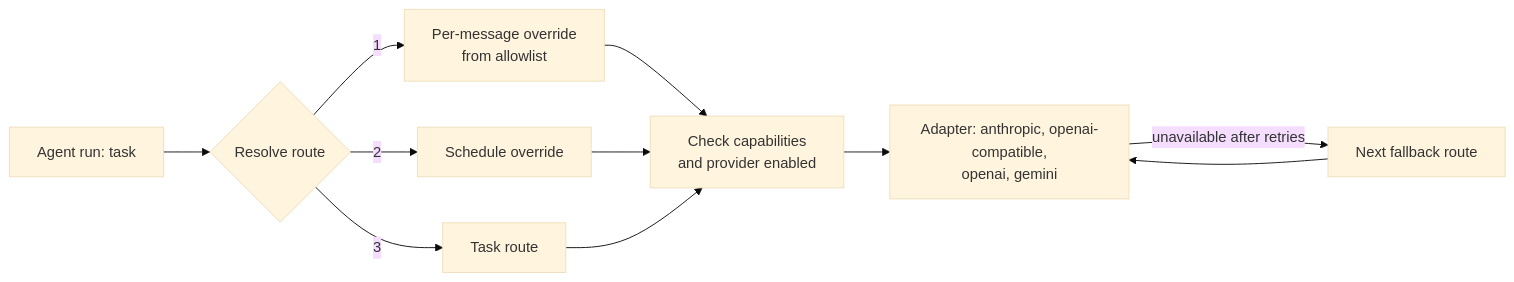
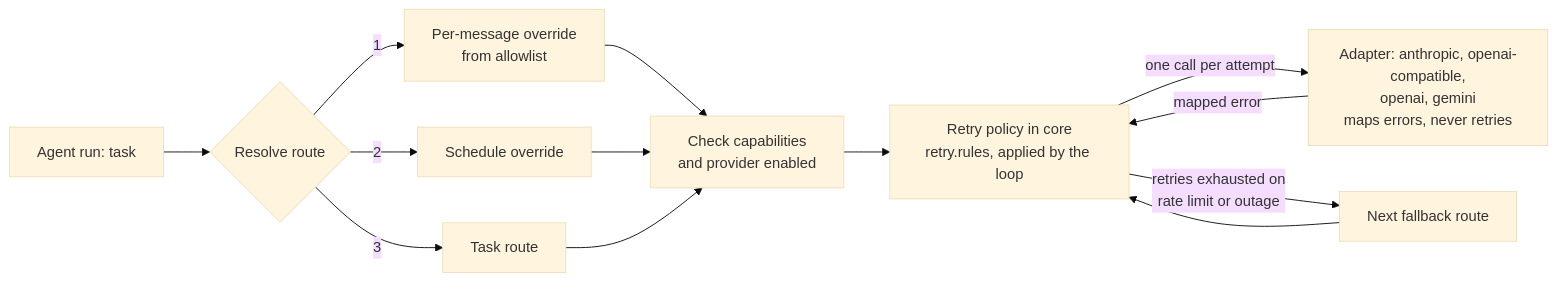
The seventh of 7 diagrams in docs/architecture/agent.md (gmnhussain/khadim), drawn with Mermaid (base theme) before and after one commit. The commit also changed other lines of this file and 6 other files, not shown here.

````diff
--- a/docs/architecture/agent.md
+++ b/docs/architecture/agent.md
@@ -203,11 +203,13 @@
 ```mermaid
 flowchart LR
   run[Agent run: task] --> resolve{Resolve route}
   resolve -->|1| msg[Per-message override<br/>from allowlist]
   resolve -->|2| sched[Schedule override]
   resolve -->|3| task[Task route]
   msg & sched & task --> check[Check capabilities<br/>and provider enabled]
-  check --> adapter[Adapter: anthropic, openai-compatible,<br/>openai, gemini]
-  adapter -->|unavailable after retries| fb[Next fallback route]
-  fb --> adapter
+  check --> retry[Retry policy in core<br/>retry.rules, applied by the loop]
+  retry -->|one call per attempt| adapter[Adapter: anthropic, openai-compatible,<br/>openai, gemini<br/>maps errors, never retries]
+  adapter -->|mapped error| retry
+  retry -->|retries exhausted on<br/>rate limit or outage| fb[Next fallback route]
+  fb --> retry
 ```
````
